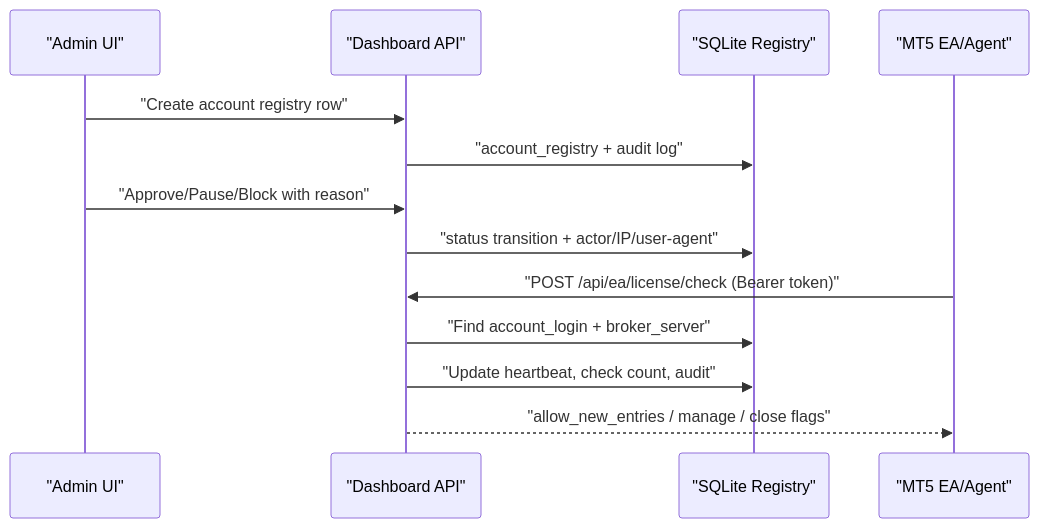
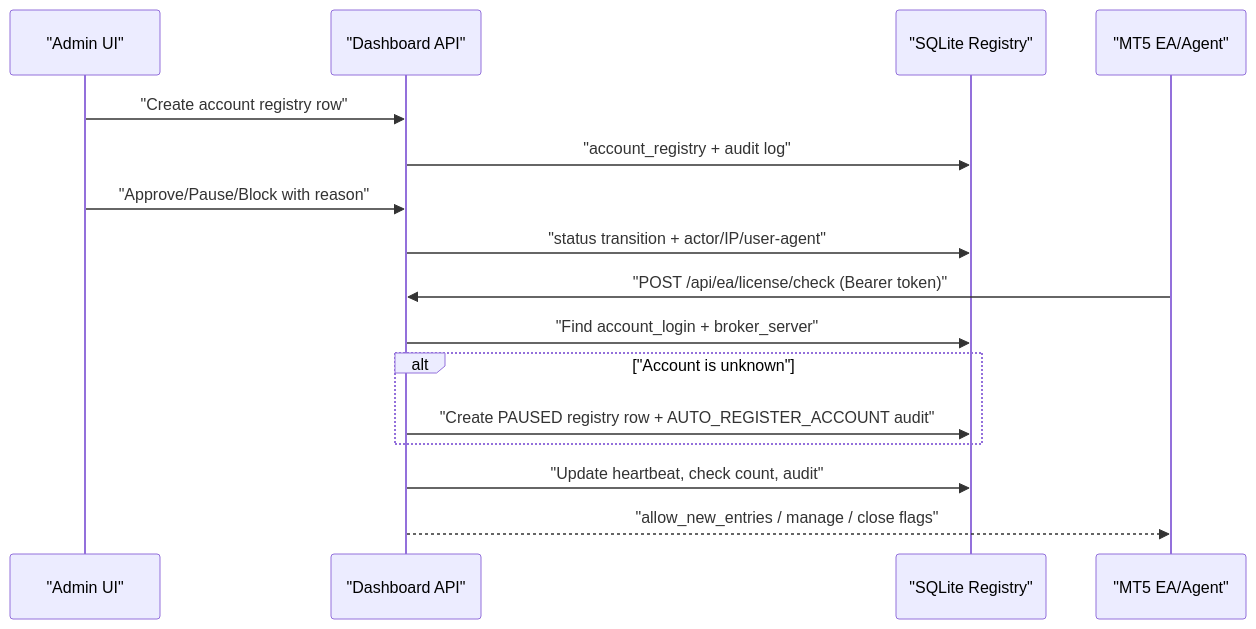
One commit to tongzxcv/the-entity-dashboard changed the diagram in docs/account-approval-license-gate.md. Above: the diagram before and after it, drawn with Mermaid. The commit also changed other lines of this file and 3 other files, not shown here.

Commit message:
Auto-register license gate accounts

````diff
--- a/docs/account-approval-license-gate.md
+++ b/docs/account-approval-license-gate.md
@@ -30,16 +31,19 @@
 ```mermaid
 sequenceDiagram
     participant Admin as "Admin UI"
     participant API as "Dashboard API"
     participant DB as "SQLite Registry"
     participant EA as "MT5 EA/Agent"
 
     Admin->>API: "Create account registry row"
     API->>DB: "account_registry + audit log"
     Admin->>API: "Approve/Pause/Block with reason"
     API->>DB: "status transition + actor/IP/user-agent"
     EA->>API: "POST /api/ea/license/check (Bearer token)"
     API->>DB: "Find account_login + broker_server"
+    alt "Account is unknown"
+        API->>DB: "Create PAUSED registry row + AUTO_REGISTER_ACCOUNT audit"
+    end
     API->>DB: "Update heartbeat, check count, audit"
     API-->>EA: "allow_new_entries / manage / close flags"
 ```
````
